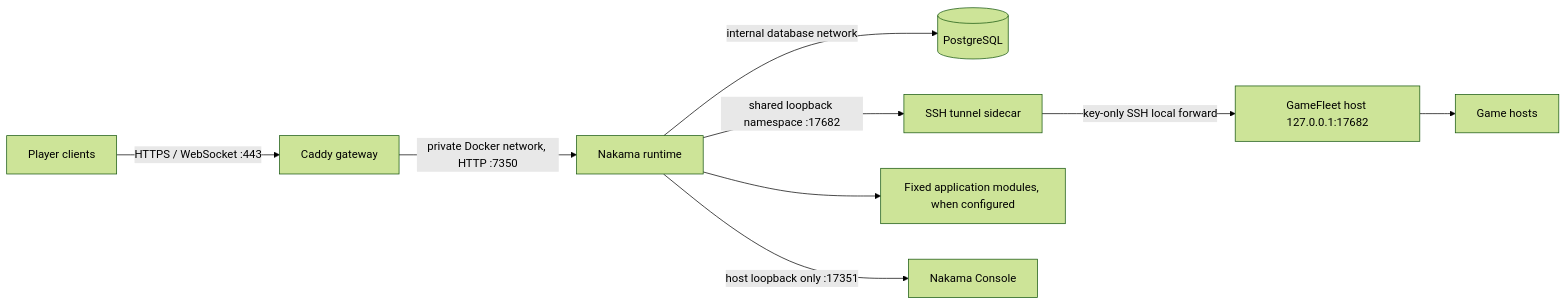
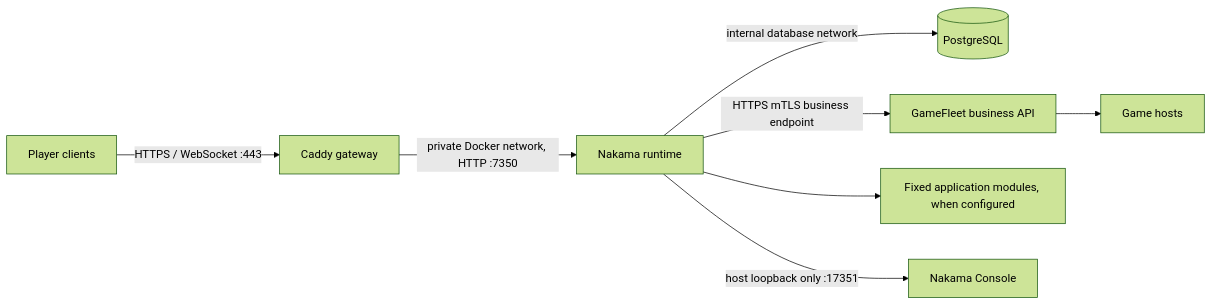
Before and after one commit to xuhuanhello/nakama-agones: the first of 2 diagrams in docs/architecture.md, drawn with Mermaid (forest theme). The commit also changed other lines of this file and 38 other files, not shown here.

Commit message:
Use direct mutual TLS for GameFleet business transport

````diff
--- a/docs/architecture.md
+++ b/docs/architecture.md
@@ -5,11 +20,10 @@
 ```mermaid
 flowchart LR
   P[Player clients] -->|HTTPS / WebSocket :443| C[Caddy gateway]
   C -->|private Docker network, HTTP :7350| N[Nakama runtime]
   N -->|internal database network| D[(PostgreSQL)]
-  N -->|shared loopback namespace :17682| T[SSH tunnel sidecar]
-  T -->|key-only SSH local forward| G[GameFleet host 127.0.0.1:17682]
+  N -->|HTTPS mTLS business endpoint| G[GameFleet business API]
   N --> A[Fixed application modules, when configured]
   N -->|host loopback only :17351| O[Nakama Console]
   G --> H[Game hosts]
 ```
````
